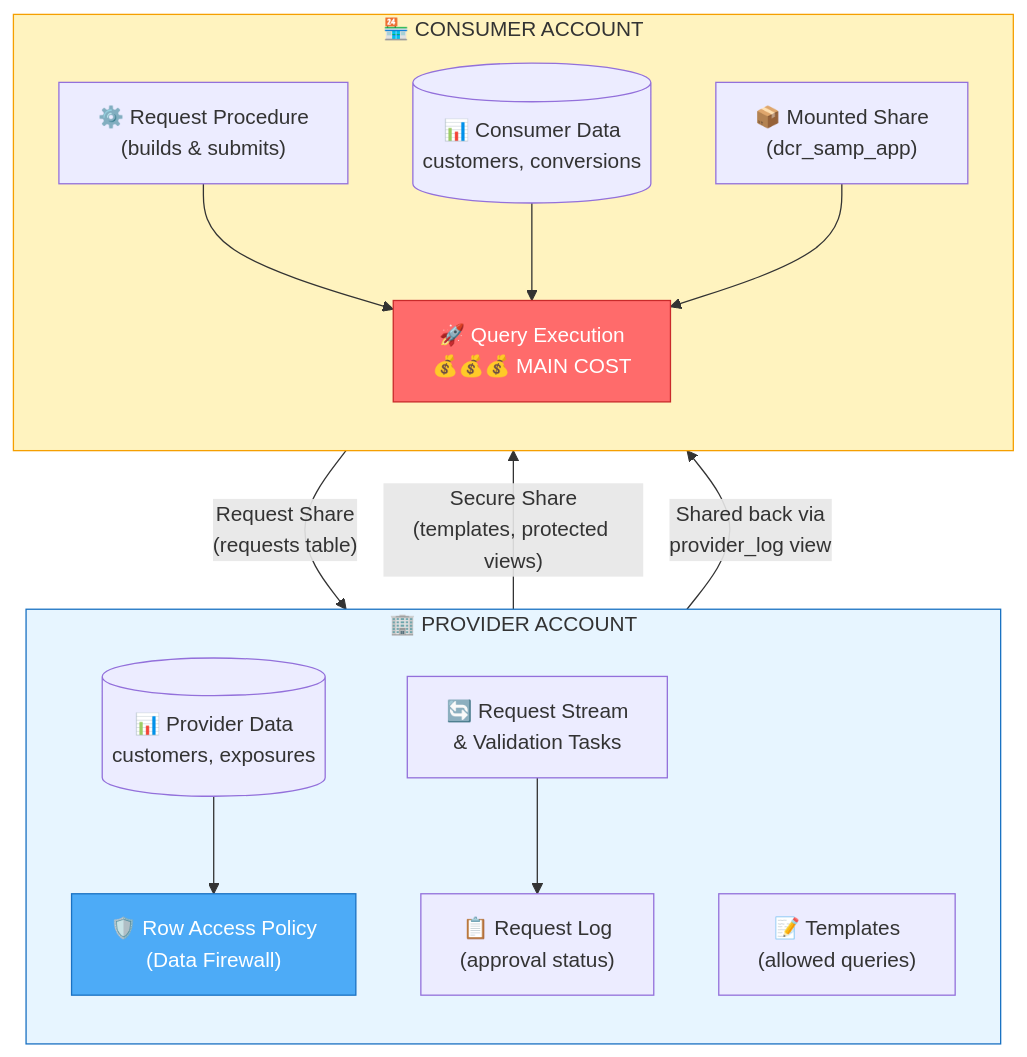
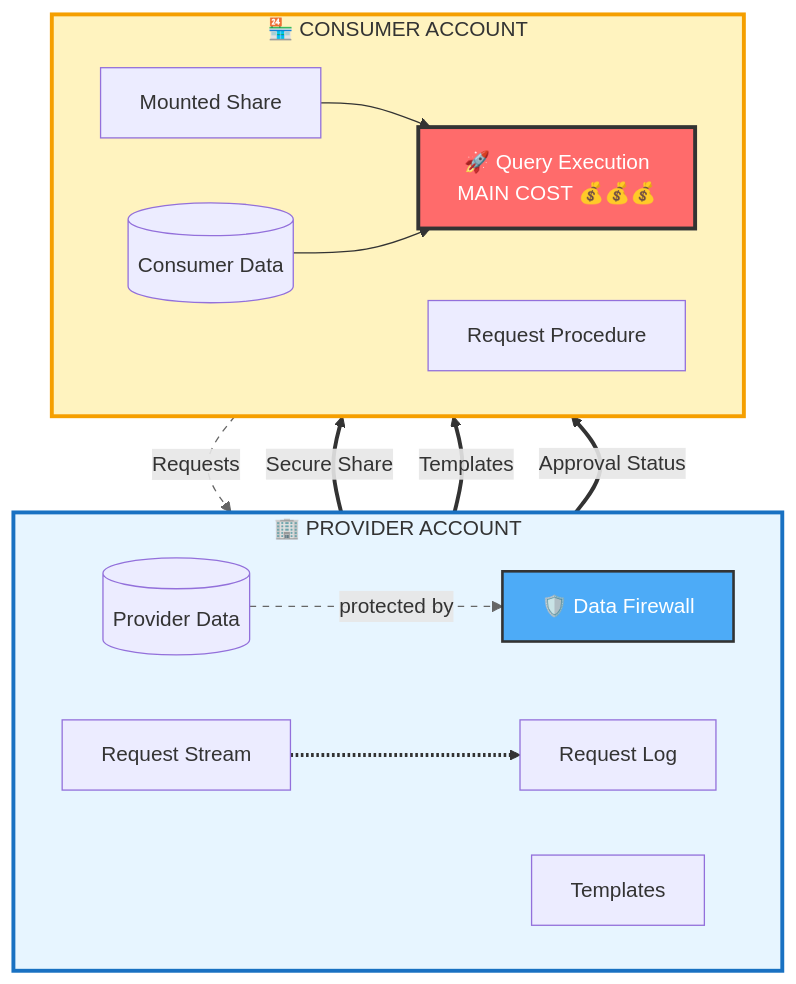
The first of 4 diagrams in DCR_Flow_and_Cost_Guide.md (sfc-gh-vshiv/sfquickstart-data-clean-room), drawn with Mermaid before and after one commit. The commit also changed other lines of this file and 1 other file, not shown here.

Commit message:
Refactor DCR Flow and Cost Guide Mermaid diagrams for improved layout and clarity, including updates to styles and connections for better visual representation of data flow between provider and consumer accounts.

````diff
--- a/DCR_Flow_and_Cost_Guide.md
+++ b/DCR_Flow_and_Cost_Guide.md
@@ -20,35 +20,37 @@
 ```mermaid
 flowchart TB
     subgraph PROVIDER["🏢 PROVIDER ACCOUNT"]
-        direction TB
-        PD[("📊 Provider Data<br/>customers, exposures")]
-        PT["📝 Templates<br/>(allowed queries)"]
-        RS["🔄 Request Stream<br/>& Validation Tasks"]
-        RL["📋 Request Log<br/>(approval status)"]
-        RAP["🛡️ Row Access Policy<br/>(Data Firewall)"]
-        
-        PD --> RAP
-        RS --> RL
+        direction LR
+        PD[("Provider Data")]
+        PT["Templates"]
+        RS["Request Stream"]
+        RL["Request Log"]
+        RAP["🛡️ Data Firewall"]
     end
     
     subgraph CONSUMER["🏪 CONSUMER ACCOUNT"]
-        direction TB
-        CD[("📊 Consumer Data<br/>customers, conversions")]
-        MS["📦 Mounted Share<br/>(dcr_samp_app)"]
-        RP["⚙️ Request Procedure<br/>(builds & submits)"]
-        QE["🚀 Query Execution<br/>💰💰💰 MAIN COST"]
-        
-        RP --> QE
-        CD --> QE
+        direction LR
+        CD[("Consumer Data")]
+        MS["Mounted Share"]
+        RP["Request Procedure"]
+        QE["🚀 Query Execution<br/>MAIN COST 💰💰💰"]
     end
     
-    PROVIDER -->|"Secure Share<br/>(templates, protected views)"| MS
-    RP -->|"Request Share<br/>(requests table)"| RS
-    RL -->|"Shared back via<br/>provider_log view"| CONSUMER
+    PD -.->|protected by| RAP
+    RAP ==>|"Secure Share"| MS
+    PT ==>|"Templates"| MS
+    RP ==>|"Requests"| RS
+    RS -.-> RL
+    RL ==>|"Approval Status"| CONSUMER
+    
     MS --> QE
+    CD --> QE
     
-    style QE fill:#ff6b6b,stroke:#c92a2a,color:#fff
-    style RAP fill:#4dabf7,stroke:#1971c2,color:#fff
-    style PROVIDER fill:#e7f5ff,stroke:#1971c2
-    style CONSUMER fill:#fff3bf,stroke:#f59f00
+    style QE fill:#ff6b6b,stroke:#333,stroke-width:3px,color:#fff
+    style RAP fill:#4dabf7,stroke:#333,stroke-width:2px,color:#fff
+    style PROVIDER fill:#e7f5ff,stroke:#1971c2,stroke-width:3px
+    style CONSUMER fill:#fff3bf,stroke:#f59f00,stroke-width:3px
+    
+    linkStyle 0,3 stroke:#666,stroke-width:1px,stroke-dasharray:5
+    linkStyle 1,2,4,5 stroke:#333,stroke-width:3px
 ```
````
